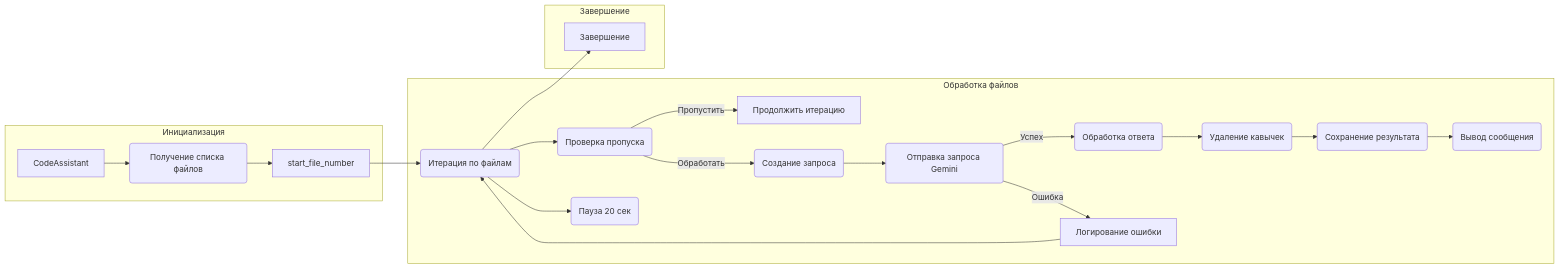
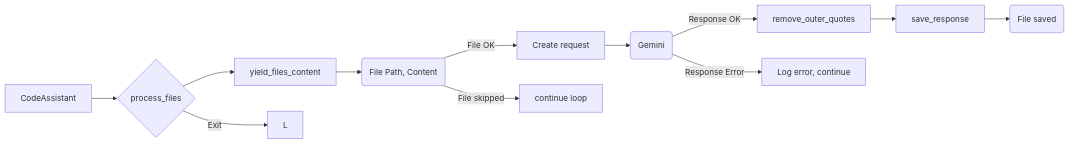
One commit to hypo69/hypo changed the diagram in docs/gemini/ru/explainer/src/endpoints/hypo69/code_assistant/code_assistant.md. Above: the diagram before and after it, drawn with Mermaid. The commit also changed other lines of this file and 468 other files, not shown here.

````diff
--- a/docs/gemini/ru/explainer/src/endpoints/hypo69/code_assistant/code_assistant.md
+++ b/docs/gemini/ru/explainer/src/endpoints/hypo69/code_assistant/code_assistant.md
@@ -92,24 +52,14 @@
 ```mermaid
 graph LR
-    subgraph Инициализация
-        A[CodeAssistant] --> B(Получение списка файлов);
-        B --> C[start_file_number];
-    end
-    subgraph Обработка файлов
-        C --> D(Итерация по файлам);
-        D --> E(Проверка пропуска);
-        E -- Пропустить --> F[Продолжить итерацию];
-        E -- Обработать --> G(Создание запроса);
-        G --> H(Отправка запроса Gemini);
-        H -- Успех --> I(Обработка ответа);
-        I --> J(Удаление кавычек);
-        J --> K(Сохранение результата);
-        K --> L(Вывод сообщения);
-        H -- Ошибка --> M[Логирование ошибки];
-        M --> D;
-        D --> N(Пауза 20 сек);
-    end
-    subgraph Завершение
-        D --> O[Завершение];
-    end
+    A[CodeAssistant] --> B{process_files};
+    B --> C[yield_files_content];
+    C --> D(File Path, Content);
+    D -- File OK --> E[Create request];
+    E --> F(Gemini);
+    F -- Response OK --> G[remove_outer_quotes];
+    G --> H[save_response];
+    H --> I(File saved);
+    D -- File skipped --> J[continue loop];
+    F -- Response Error --> K[Log error, continue];
+    B -- Exit --> L;
 ```
````
